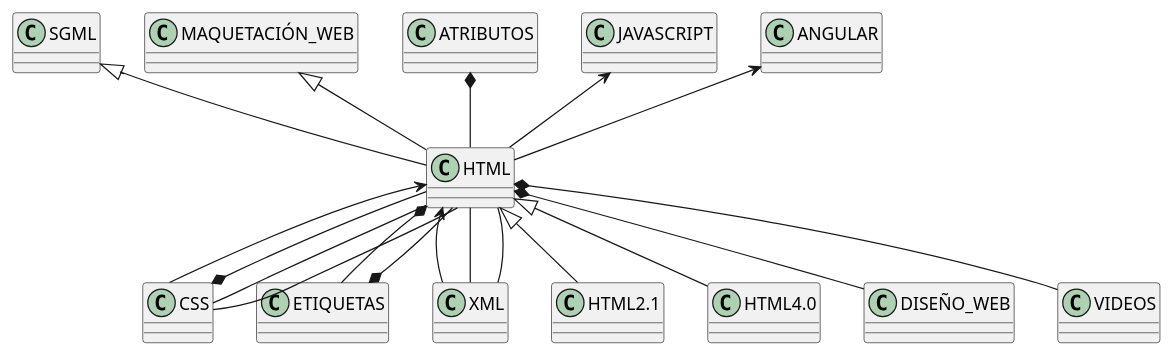
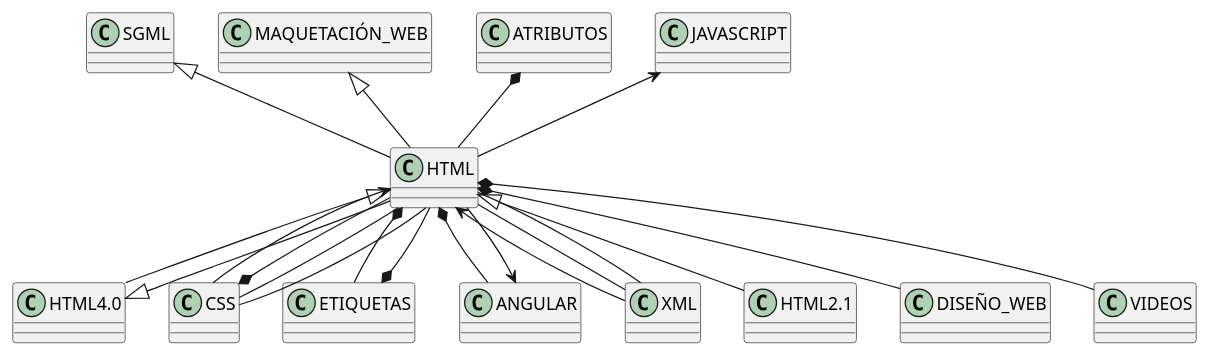
One commit to CodeURJC-DAW-2018-19/santatecla-relaciones-2 changed the diagram in relman/images/contextHTML.plantuml. Above: the diagram before and after it, drawn with PlantUML. The commit also changed 29 other files, not shown here.

```diff
--- a/relman/images/contextHTML.plantuml
+++ b/relman/images/contextHTML.plantuml
@@ -1,21 +1,23 @@
 @startuml 
  set namespaceSeparator none
 SGML <|-- HTML
 MAQUETACIÓN_WEB <|-- HTML
+HTML4.0 <|-- HTML
 CSS *-- HTML
 ETIQUETAS *-- HTML
 ATRIBUTOS *-- HTML
 JAVASCRIPT <-- HTML
 ANGULAR <-- HTML
 CSS -- HTML
 XML -- HTML
 HTML <|-- HTML2.1
 HTML <|-- HTML4.0
 HTML *-- DISEÑO_WEB
 HTML *-- ETIQUETAS
 HTML *-- VIDEOS
+HTML *-- ANGULAR
 HTML <-- CSS
 HTML <-- XML
 HTML -- CSS
 HTML -- XML
 @enduml
```
